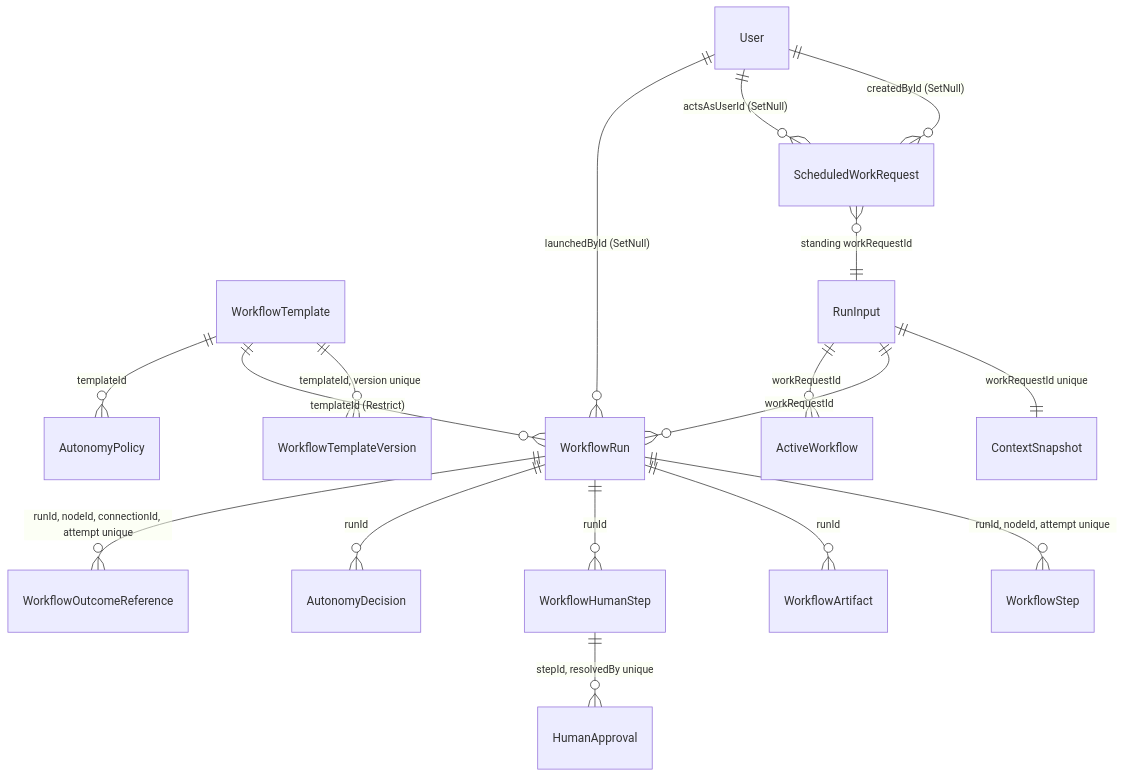
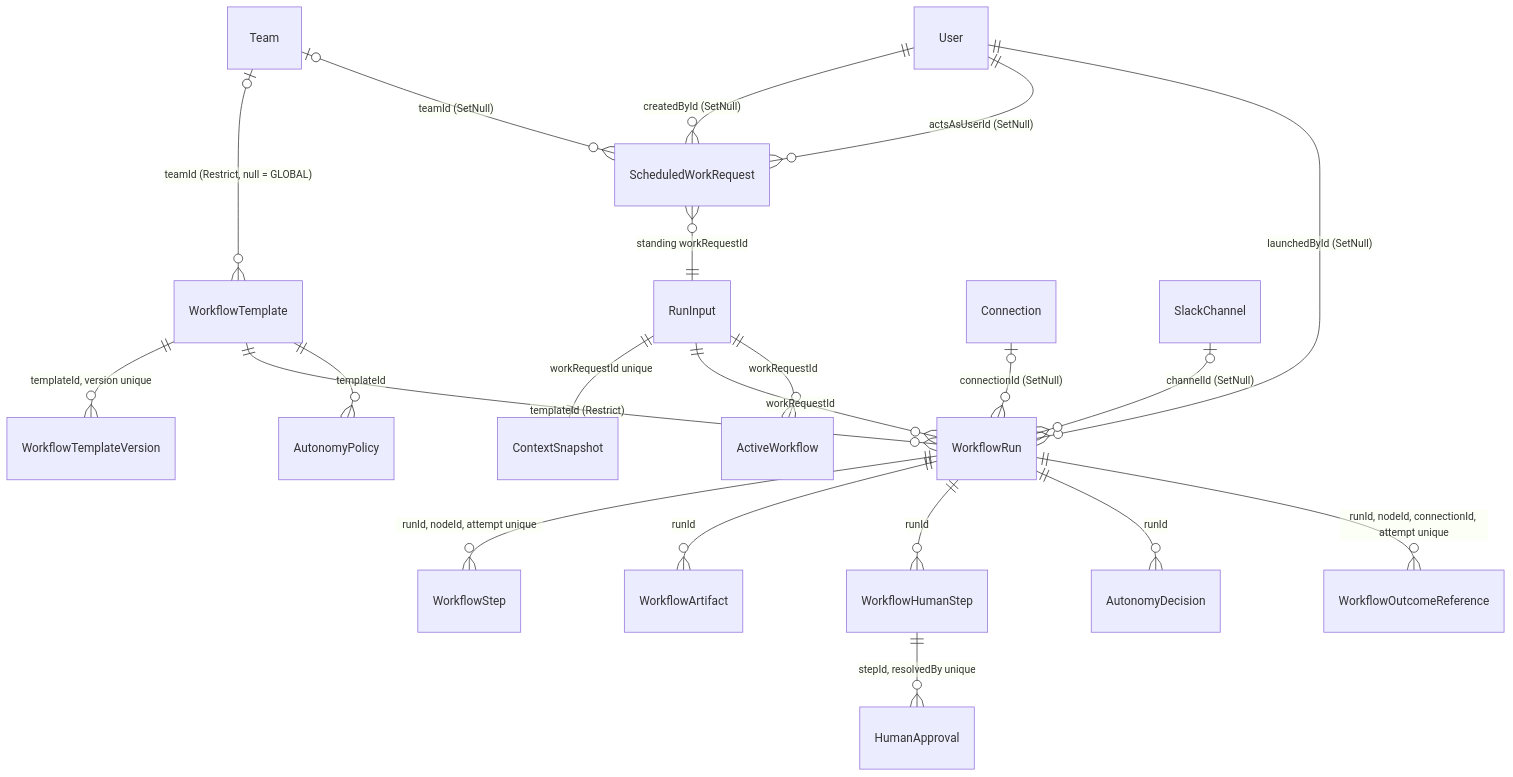
Before and after one commit to yorch/auto-swe: the fourth of 10 diagrams in wiki/2.1-data-model.md, drawn with Mermaid. The commit also changed other lines of this file and 28 other files, not shown here.

````diff
--- a/wiki/2.1-data-model.md
+++ b/wiki/2.1-data-model.md
@@ -121,19 +167,23 @@
 ```mermaid
 erDiagram
     WorkflowTemplate ||--o{ WorkflowTemplateVersion : "templateId, version unique"
     WorkflowTemplate ||--o{ WorkflowRun : "templateId (Restrict)"
     WorkflowTemplate ||--o{ AutonomyPolicy : "templateId"
+    Team |o--o{ WorkflowTemplate : "teamId (Restrict, null = GLOBAL)"
     RunInput ||--|| ContextSnapshot : "workRequestId unique"
     RunInput ||--o{ WorkflowRun : "workRequestId"
     RunInput ||--o{ ActiveWorkflow : "workRequestId"
     ScheduledWorkRequest }o--|| RunInput : "standing workRequestId"
+    Team |o--o{ ScheduledWorkRequest : "teamId (SetNull)"
     User ||--o{ ScheduledWorkRequest : "createdById (SetNull)"
     User ||--o{ ScheduledWorkRequest : "actsAsUserId (SetNull)"
     User ||--o{ WorkflowRun : "launchedById (SetNull)"
+    Connection |o--o{ WorkflowRun : "connectionId (SetNull)"
+    SlackChannel |o--o{ WorkflowRun : "channelId (SetNull)"
     WorkflowRun ||--o{ WorkflowStep : "runId, nodeId, attempt unique"
     WorkflowRun ||--o{ WorkflowArtifact : "runId"
     WorkflowRun ||--o{ WorkflowHumanStep : "runId"
     WorkflowRun ||--o{ AutonomyDecision : "runId"
     WorkflowRun ||--o{ WorkflowOutcomeReference : "runId, nodeId, connectionId, attempt unique"
     WorkflowHumanStep ||--o{ HumanApproval : "stepId, resolvedBy unique"
 ```
````
